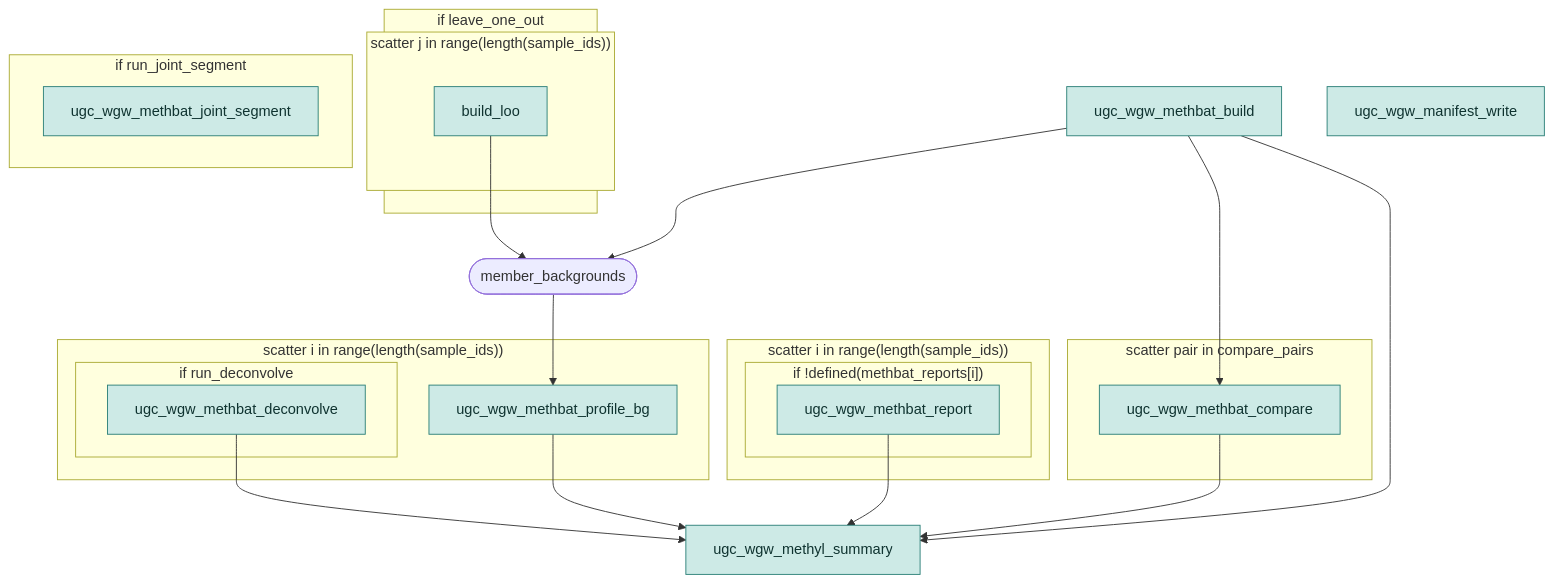
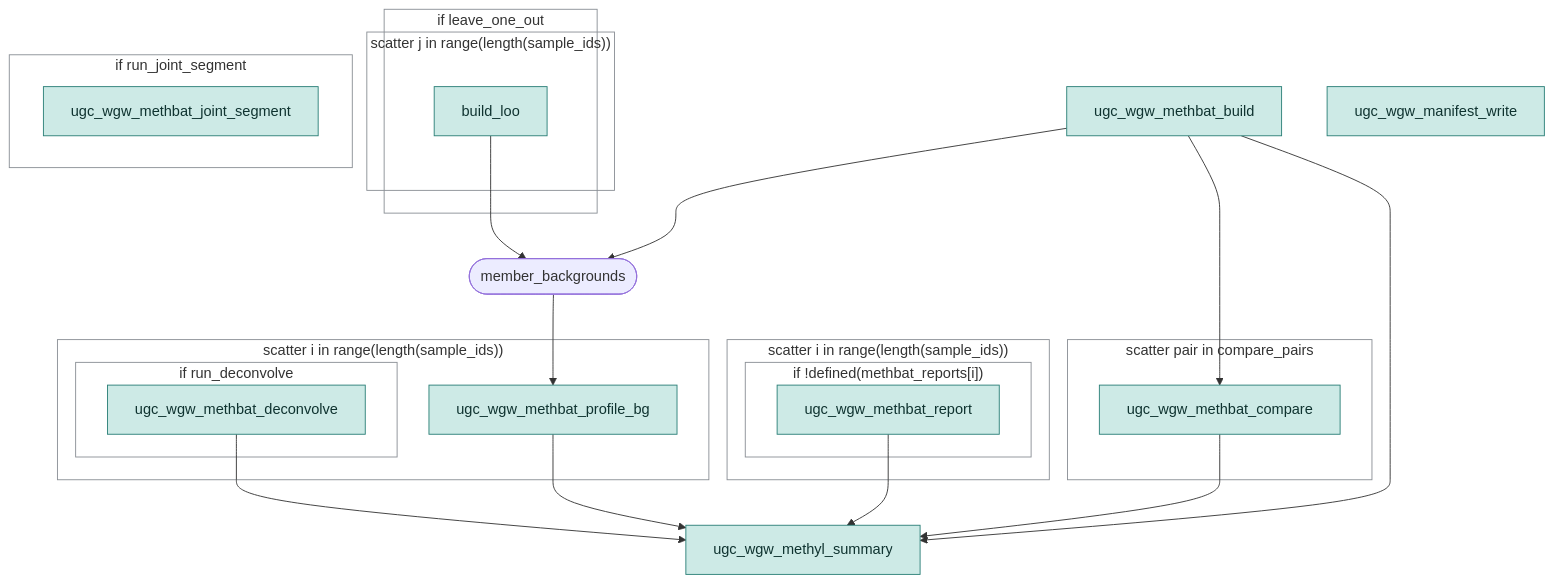
Before and after one commit to UppsalaGenomeCenter/ugc-wgw: the tenth of 13 diagrams in docs/guide/workflow-graphs.md, drawn with Mermaid. The commit also changed other lines of this file and 19 other files, not shown here.

````diff
--- a/docs/guide/workflow-graphs.md
+++ b/docs/guide/workflow-graphs.md
@@ -641,39 +660,41 @@
 ```mermaid
 flowchart TD
   n1["ugc_wgw_methbat_build"]:::o
   subgraph s1["if leave_one_out"]
     subgraph s2["scatter j in range(length(sample_ids))"]
       n2["build_loo"]:::o
     end
   end
   subgraph s3["scatter i in range(length(sample_ids))"]
     subgraph s4["if !defined(methbat_reports[i])"]
       n3["ugc_wgw_methbat_report"]:::o
     end
   end
   n4(["member_backgrounds"])
   subgraph s5["scatter i in range(length(sample_ids))"]
     n5["ugc_wgw_methbat_profile_bg"]:::o
     subgraph s6["if run_deconvolve"]
       n6["ugc_wgw_methbat_deconvolve"]:::o
     end
   end
   subgraph s7["scatter pair in compare_pairs"]
     n7["ugc_wgw_methbat_compare"]:::o
   end
   subgraph s8["if run_joint_segment"]
     n8["ugc_wgw_methbat_joint_segment"]:::o
   end
   n9["ugc_wgw_methyl_summary"]:::o
   n10["ugc_wgw_manifest_write"]:::o
   n1 --> n4
   n1 --> n7
   n1 --> n9
   n2 --> n4
   n3 --> n9
   n4 --> n5
   n5 --> n9
   n6 --> n9
   n7 --> n9
   classDef o fill:#cdeae6,stroke:#2a7f77,color:#0f3330
+  classDef b fill:none,stroke:#8a8f95
+  class s1,s2,s3,s4,s5,s6,s7,s8 b
 ```
````
